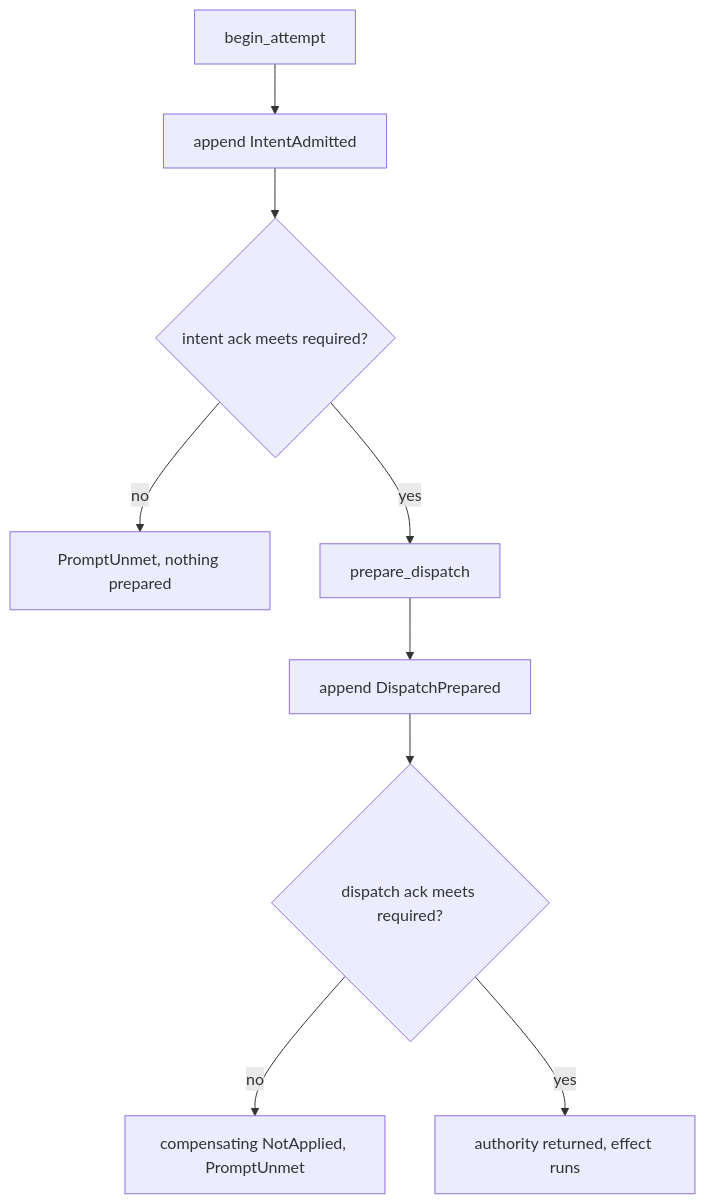
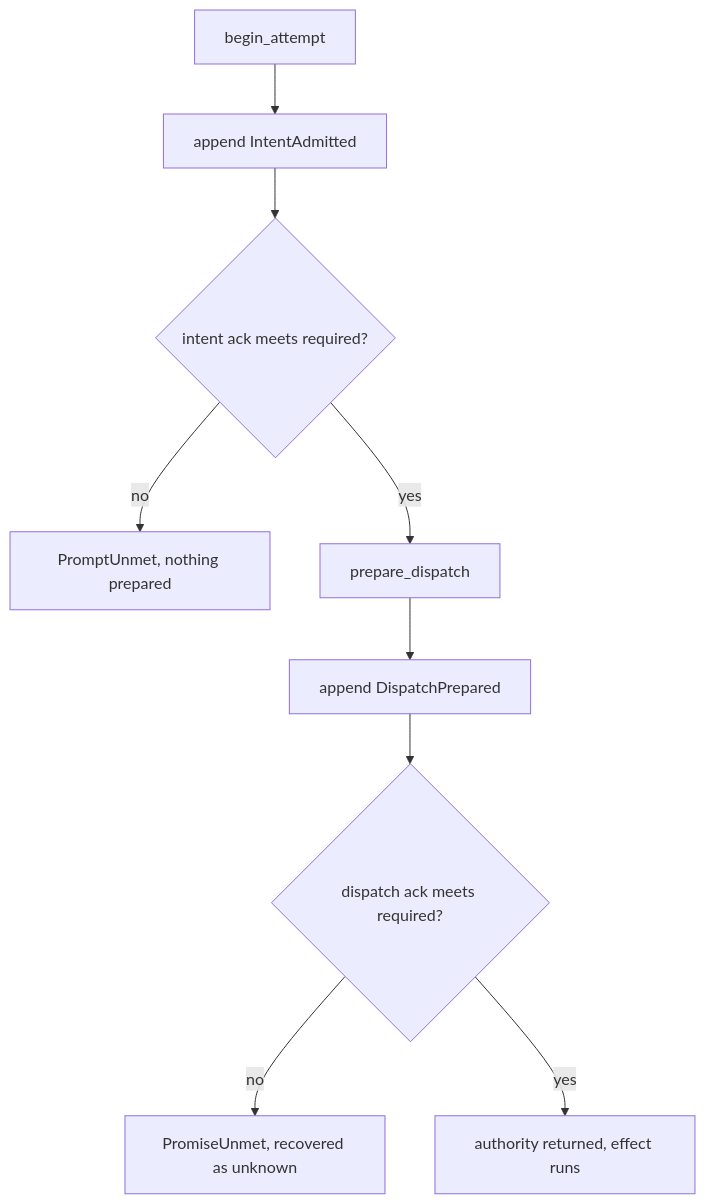
The fourth of 5 diagrams in docs/effect-kernel.md (srinji-kaggss/logicalworks-crates), drawn with Mermaid before and after one commit. The commit also changed other lines of this file and 12 other files, not shown here.

````diff
--- a/docs/effect-kernel.md
+++ b/docs/effect-kernel.md
@@ -112,11 +112,11 @@
 ```mermaid
 flowchart TD
     A[begin_attempt] --> B[append IntentAdmitted]
     B --> C{intent ack meets required?}
     C -->|no| D[PromptUnmet, nothing prepared]
     C -->|yes| E[prepare_dispatch]
     E --> F[append DispatchPrepared]
     F --> G{dispatch ack meets required?}
-    G -->|no| H[compensating NotApplied, PromptUnmet]
+    G -->|no| H[PromiseUnmet, recovered as unknown]
     G -->|yes| I[authority returned, effect runs]
 ```
````
